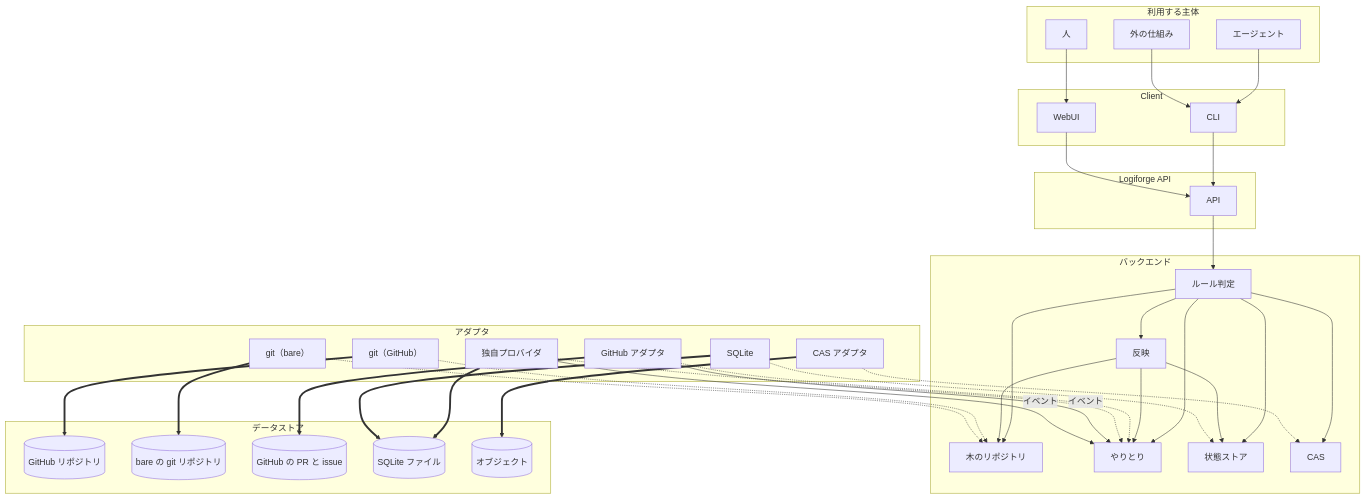
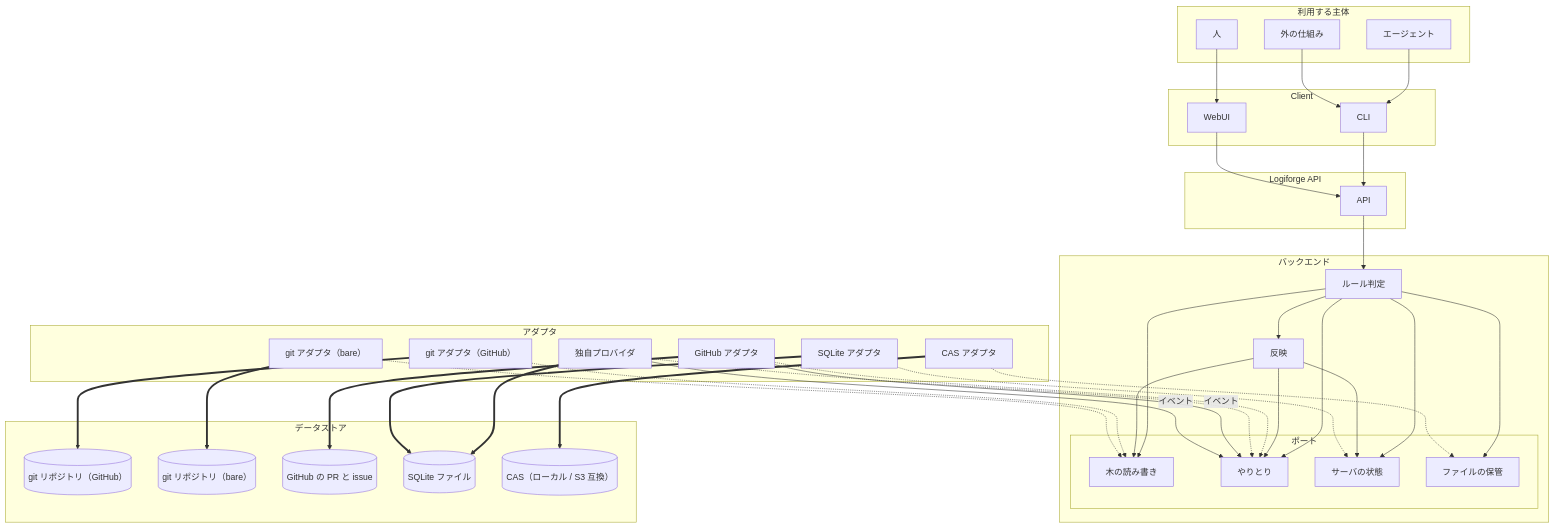
The diagram in design/architecture.md (yamambainc/logiforge), drawn with Mermaid before and after one commit. The commit also changed other lines of this file and 17 other files, not shown here.

First line of the commit message:
design: ポートを役割の名前にし、図ではバックエンドの中の入れ子にした

````diff
--- a/design/architecture.md
+++ b/design/architecture.md
@@ -8,66 +8,68 @@
 ```mermaid
 flowchart TB
   subgraph US["利用する主体"]
     AGT["エージェント"]
     EXT["外の仕組み"]
     HUM["人"]
   end
   subgraph CL["Client"]
     CLI["CLI"]
     WEB["WebUI"]
   end
   subgraph AP["Logiforge API"]
     API["API"]
   end
   subgraph BE["バックエンド"]
     RULE["ルール判定"]
     MERGE["反映"]
-    P1["木のリポジトリ"]
-    P2["やりとり"]
-    P3["状態ストア"]
-    P4["CAS"]
+    subgraph PT["ポート"]
+      P1["木の読み書き"]
+      P2["やりとり"]
+      P3["サーバの状態"]
+      P4["ファイルの保管"]
+    end
   end
   subgraph AD["アダプタ"]
-    GITR["git（GitHub）"]
-    GITL["git（bare）"]
+    GITR["git アダプタ（GitHub）"]
+    GITL["git アダプタ（bare）"]
     GH["GitHub アダプタ"]
     NA["独自プロバイダ"]
-    SQ["SQLite"]
+    SQ["SQLite アダプタ"]
     CA["CAS アダプタ"]
   end
   subgraph DS["データストア"]
-    GHR[("GitHub リポジトリ")]
-    BARE[("bare の git リポジトリ")]
+    GHR[("git リポジトリ（GitHub）")]
+    BARE[("git リポジトリ（bare）")]
     GHS[("GitHub の PR と issue")]
     DB[("SQLite ファイル")]
-    OBJ[("オブジェクト")]
+    OBJ[("CAS（ローカル / S3 互換）")]
   end
   AGT --> CLI
   EXT --> CLI
   HUM --> WEB
   CLI --> API
   WEB --> API
   API --> RULE
   RULE --> MERGE
   RULE --> P1
   RULE --> P2
   RULE --> P3
   RULE --> P4
   MERGE --> P1
   MERGE --> P2
   MERGE --> P3
   GITR -.-> P1
   GITL -.-> P1
   GH -.-> P2
   NA -.-> P2
   SQ -.-> P3
   CA -.-> P4
   GITR ==> GHR
   GITL ==> BARE
   GH ==> GHS
   NA ==> DB
   SQ ==> DB
   CA ==> OBJ
   GH -->|イベント| P2
   NA -->|イベント| P2
 ```
````
